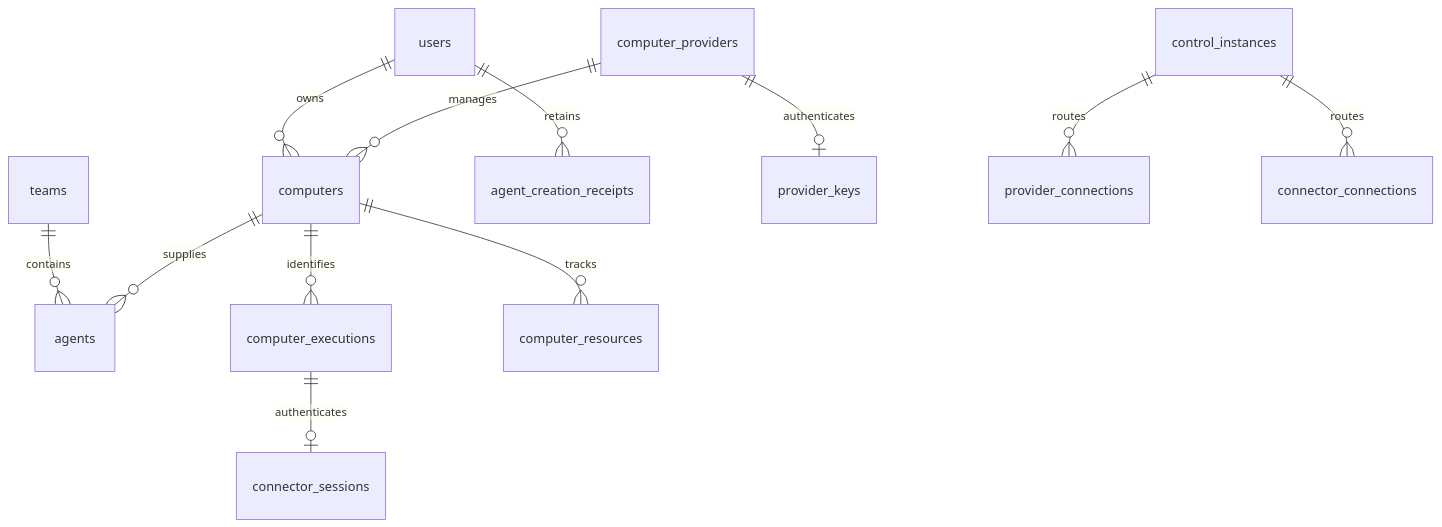
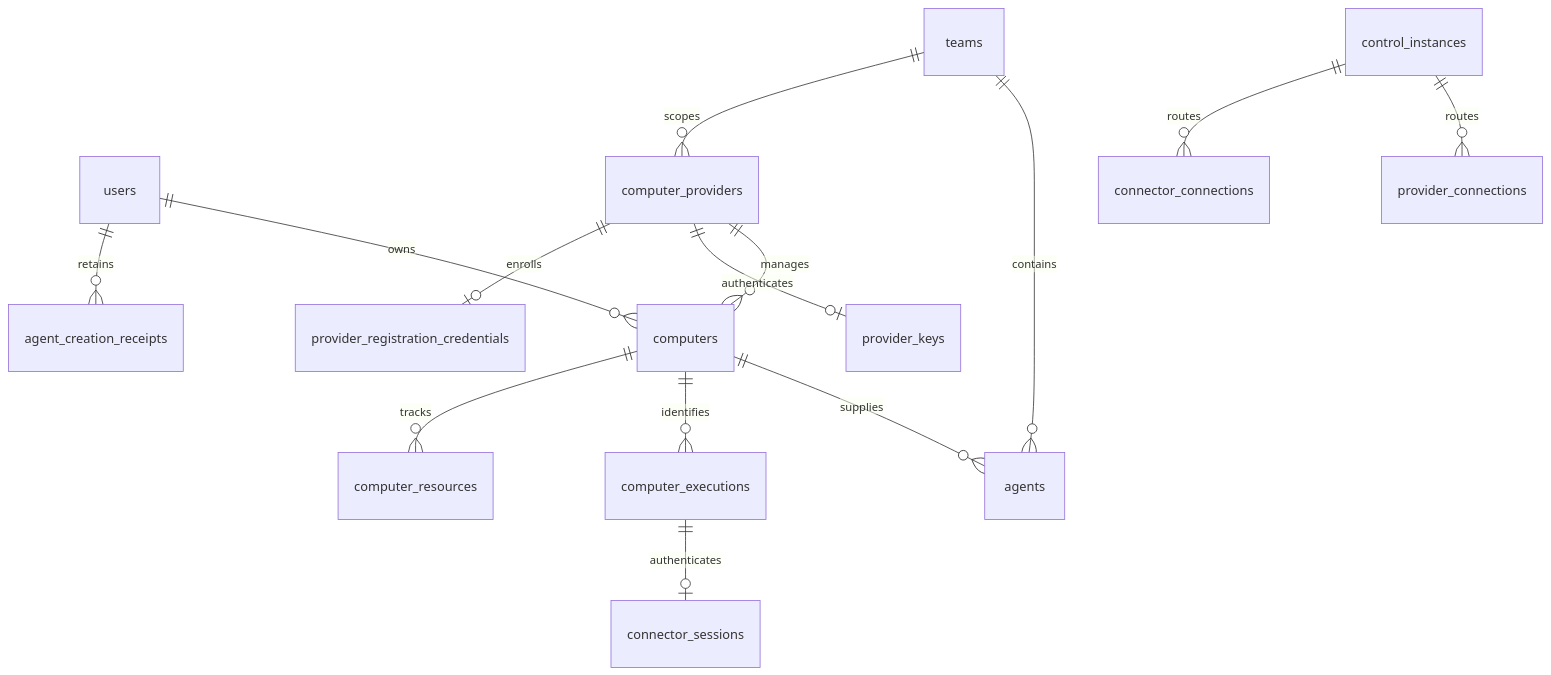
The diagram in docs/chapchoo/spec/domain/computer-storage.md (azents/chapchoo), drawn with Mermaid before and after one commit. The commit also changed other lines of this file and 84 other files, not shown here.

````diff
--- a/docs/chapchoo/spec/domain/computer-storage.md
+++ b/docs/chapchoo/spec/domain/computer-storage.md
@@ -68,14 +76,16 @@
 ```mermaid
 erDiagram
   users ||--o{ computers : owns
   teams ||--o{ agents : contains
   computers ||--o{ agents : supplies
   users ||--o{ agent_creation_receipts : retains
   computer_providers ||--o{ computers : manages
   computers ||--o{ computer_executions : identifies
   computers ||--o{ computer_resources : tracks
   computer_executions ||--o| connector_sessions : authenticates
   computer_providers ||--o| provider_keys : authenticates
+  computer_providers ||--o| provider_registration_credentials : enrolls
+  teams ||--o{ computer_providers : scopes
   control_instances ||--o{ provider_connections : routes
   control_instances ||--o{ connector_connections : routes
 ```
````
